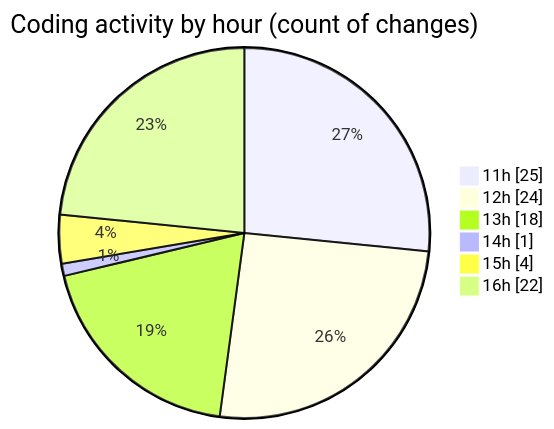
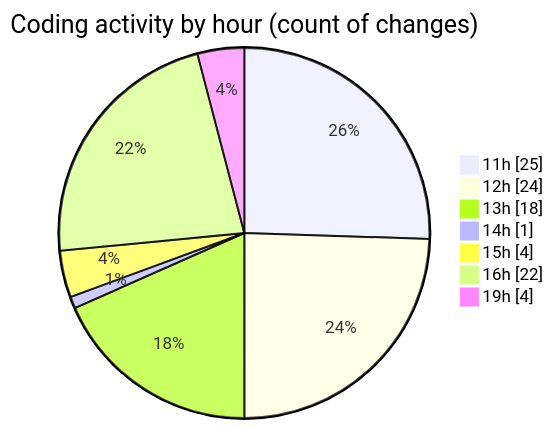
Before and after one commit to MatusMokan/code-tracking: the second of 2 diagrams in 2025-04-12/myws__workspace_/README.md, drawn with Mermaid. The commit also changed other lines of this file and 1 other file, not shown here.

````diff
--- a/2025-04-12/myws__workspace_/README.md
+++ b/2025-04-12/myws__workspace_/README.md
@@ -33,10 +34,11 @@
 ```mermaid
 pie showData
 title Coding activity by hour (count of changes)
 "11h" : 25
 "12h" : 24
 "13h" : 18
 "14h" : 1
 "15h" : 4
 "16h" : 22
+"19h" : 4
 ```
````
